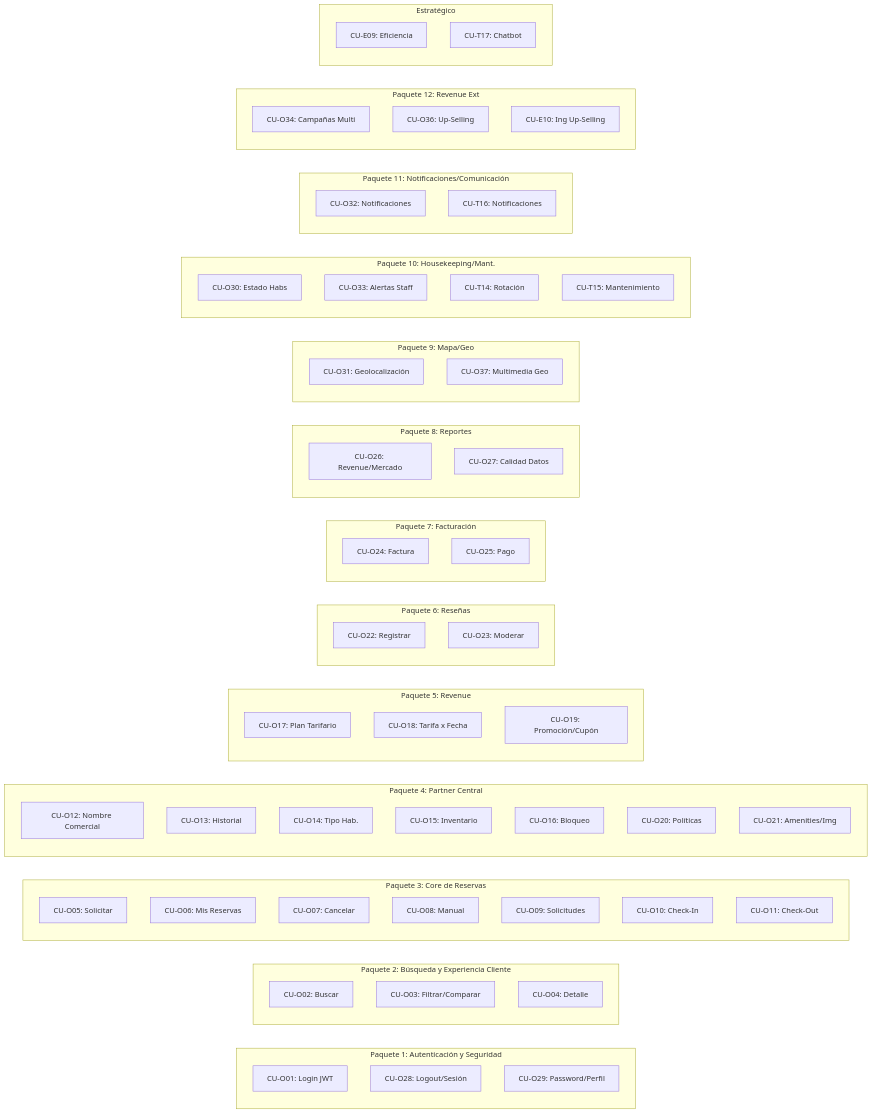
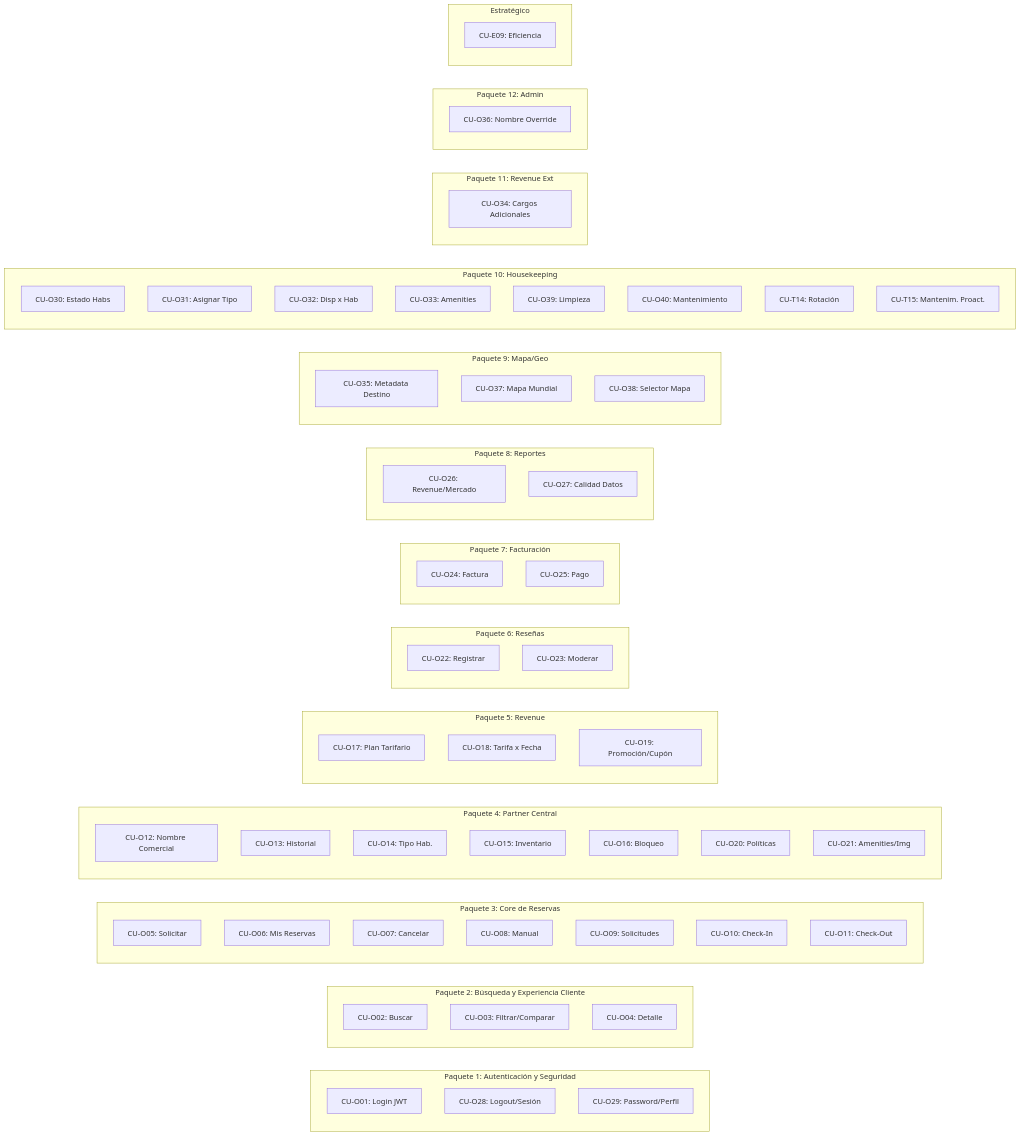
Before and after one commit to Heiner-ZZZ/HotelData: the second of 13 diagrams in docs/library/TA07_UML.md, drawn with Mermaid. The commit also changed other lines of this file and 2 other files, not shown here.

Commit message:
docs(library): update TA07 especificaciones, UML and TAF06 extracted docs

````diff
--- a/docs/library/TA07_UML.md
+++ b/docs/library/TA07_UML.md
@@ -138,32 +138,31 @@
   end
 
   subgraph "Paquete 9: Mapa/Geo"
-    CU31[CU-O31: Geolocalización]
-    CU37[CU-O37: Multimedia Geo]
+    CU35[CU-O35: Metadata Destino]
+    CU37[CU-O37: Mapa Mundial]
+    CU38[CU-O38: Selector Mapa]
   end
 
-  subgraph "Paquete 10: Housekeeping/Mant."
+  subgraph "Paquete 10: Housekeeping"
     CU30[CU-O30: Estado Habs]
-    CU33[CU-O33: Alertas Staff]
+    CU31[CU-O31: Asignar Tipo]
+    CU32[CU-O32: Disp x Hab]
+    CU33[CU-O33: Amenities]
+    CU39[CU-O39: Limpieza]
+    CU40[CU-O40: Mantenimiento]
     UT14[CU-T14: Rotación]
-    UT15[CU-T15: Mantenimiento]
+    UT15[CU-T15: Mantenim. Proact.]
   end
 
-  subgraph "Paquete 11: Notificaciones/Comunicación"
-    CU32[CU-O32: Notificaciones]
-    UT16[CU-T16: Canales Notif]
+  subgraph "Paquete 11: Revenue Ext"
+    CU34[CU-O34: Cargos Adicionales]
   end
 
-  subgraph "Paquete 12: Revenue Ext"
-    CU34[CU-O34: Campañas Multi]
-    CU36[CU-O36: Up-Selling]
-    UE10[CU-E10: Ing Up-Selling]
+  subgraph "Paquete 12: Admin"
+    CU36[CU-O36: Nombre Override]
   end
 
   subgraph "Estratégico"
     UE09[CU-E09: Eficiencia]
-    UE10[CU-E10: Ing Up-Selling]
-    UT16[CU-T16: Notificaciones]
-    UT17[CU-T17: Chatbot]
   end
 ```
````
